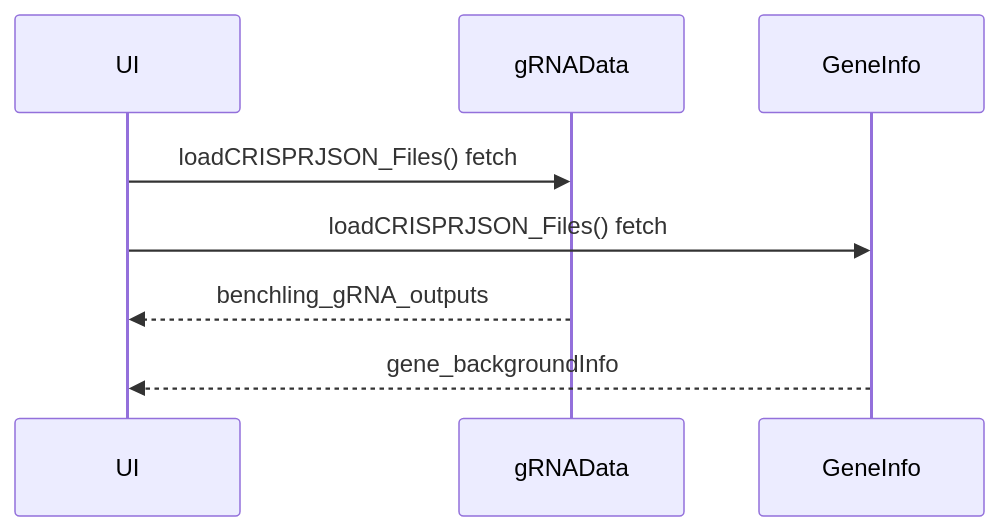
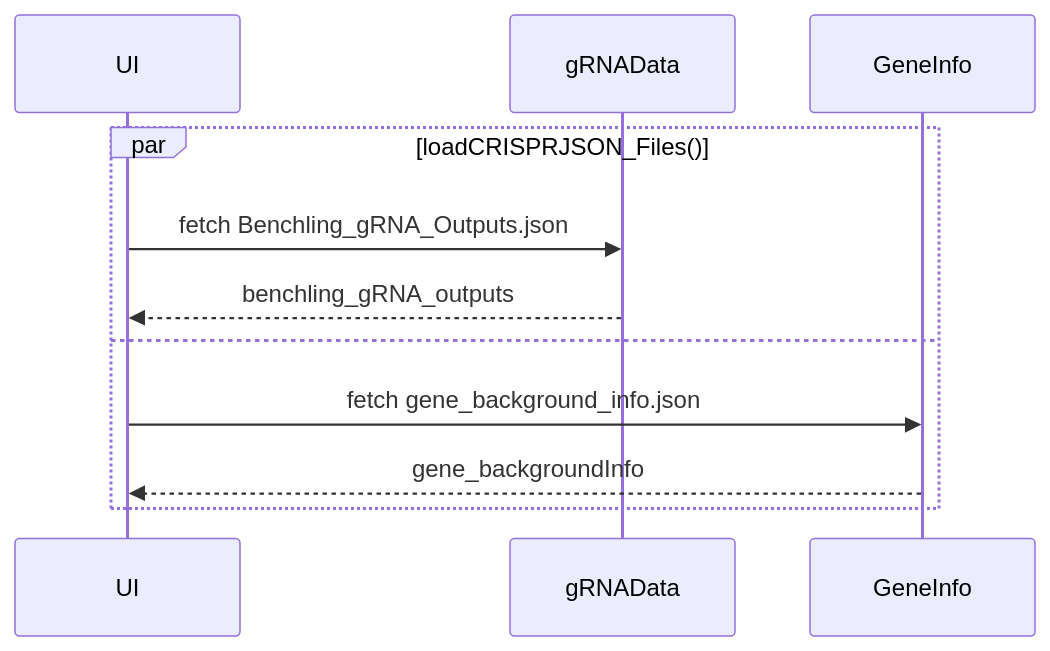
One commit to AlexJSully/SciGrade changed the first of 3 diagrams in docs/guides/marking-algorithm.md. Above: the diagram before and after it, drawn with Mermaid. The commit also changed other lines of this file and 11 other files, not shown here.

First line of the commit message:
Surface gene data load errors and test cleanup against real Bootstrap

````diff
--- a/docs/guides/marking-algorithm.md
+++ b/docs/guides/marking-algorithm.md
@@ -23,9 +23,12 @@
 ```mermaid
 sequenceDiagram
     accTitle: Reference data loading sequence
-    accDescr: A sequence diagram with three participants. One call to loadCRISPRJSON_Files requests both files at the same time: the gRNA data source returns benchling_gRNA_outputs, and the gene information source returns gene_backgroundInfo.
- UI->>gRNAData: loadCRISPRJSON_Files() fetch
- UI->>GeneInfo: loadCRISPRJSON_Files() fetch
- gRNAData-->>UI: benchling_gRNA_outputs
- GeneInfo-->>UI: gene_backgroundInfo
+    accDescr: A sequence diagram with three participants. The UI calls loadCRISPRJSON_Files, which requests both files in parallel: Benchling_gRNA_Outputs.json from the gRNA data source, stored as benchling_gRNA_outputs, and gene_background_info.json from the gene information source, stored as gene_backgroundInfo.
+    par loadCRISPRJSON_Files()
+        UI->>gRNAData: fetch Benchling_gRNA_Outputs.json
+        gRNAData-->>UI: benchling_gRNA_outputs
+    and
+        UI->>GeneInfo: fetch gene_background_info.json
+        GeneInfo-->>UI: gene_backgroundInfo
+    end
 ```
````
